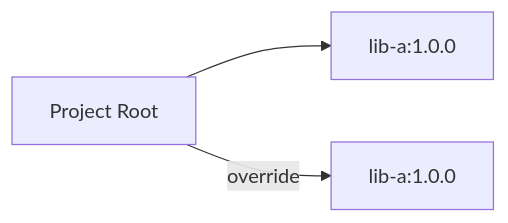
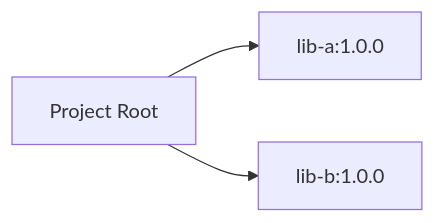
Before and after one commit to JavaDependencyHell/fieldguide: the diagram in demos/sbt-demo/scenario-3-mgmt/guide.qmd, drawn with Mermaid. The commit also changed other lines of this file and 46 other files, not shown here.

````diff
--- a/demos/sbt-demo/scenario-3-mgmt/guide.qmd
+++ b/demos/sbt-demo/scenario-3-mgmt/guide.qmd
@@ -7,6 +7,6 @@
 ```{mermaid}
 %%| fig-width: 4.4
 graph LR
     Root[Project Root] --> LibA[lib-a:1.0.0]
-    Root -- override --> LibA_Forced[lib-a:1.0.0]
+    Root --> LibB[lib-b:1.0.0]
 ```
````
